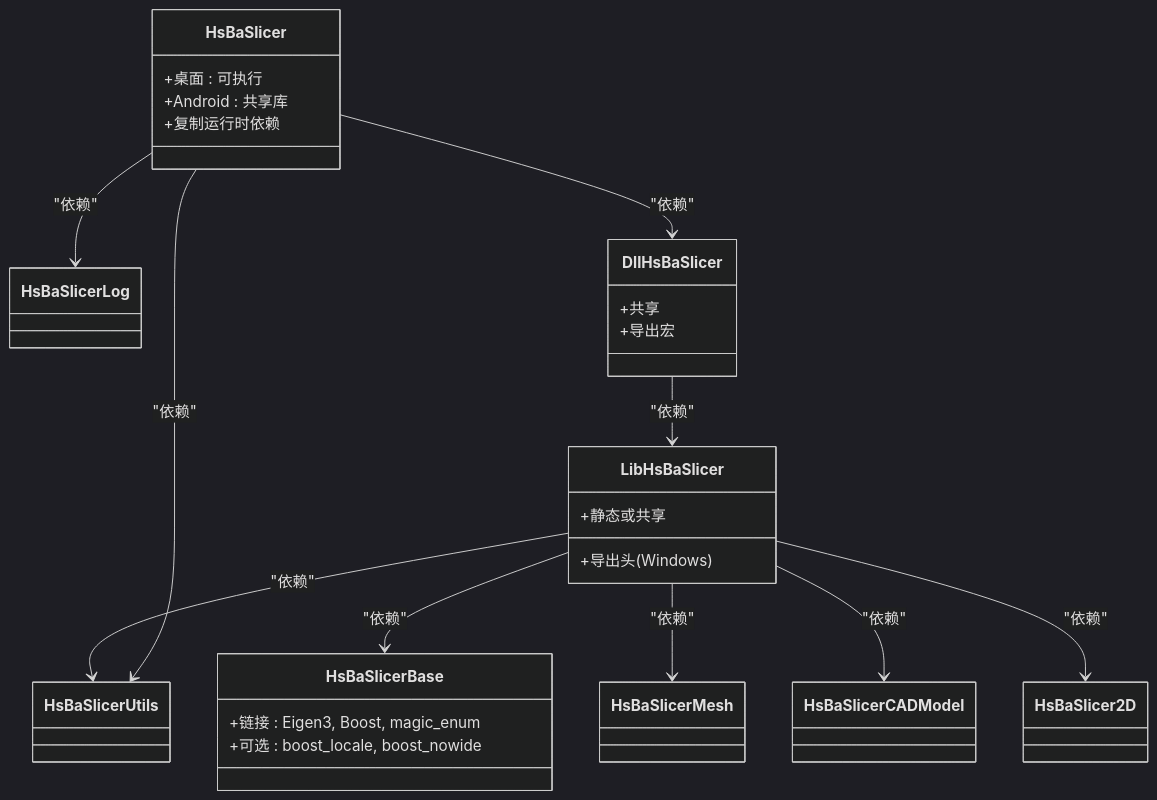
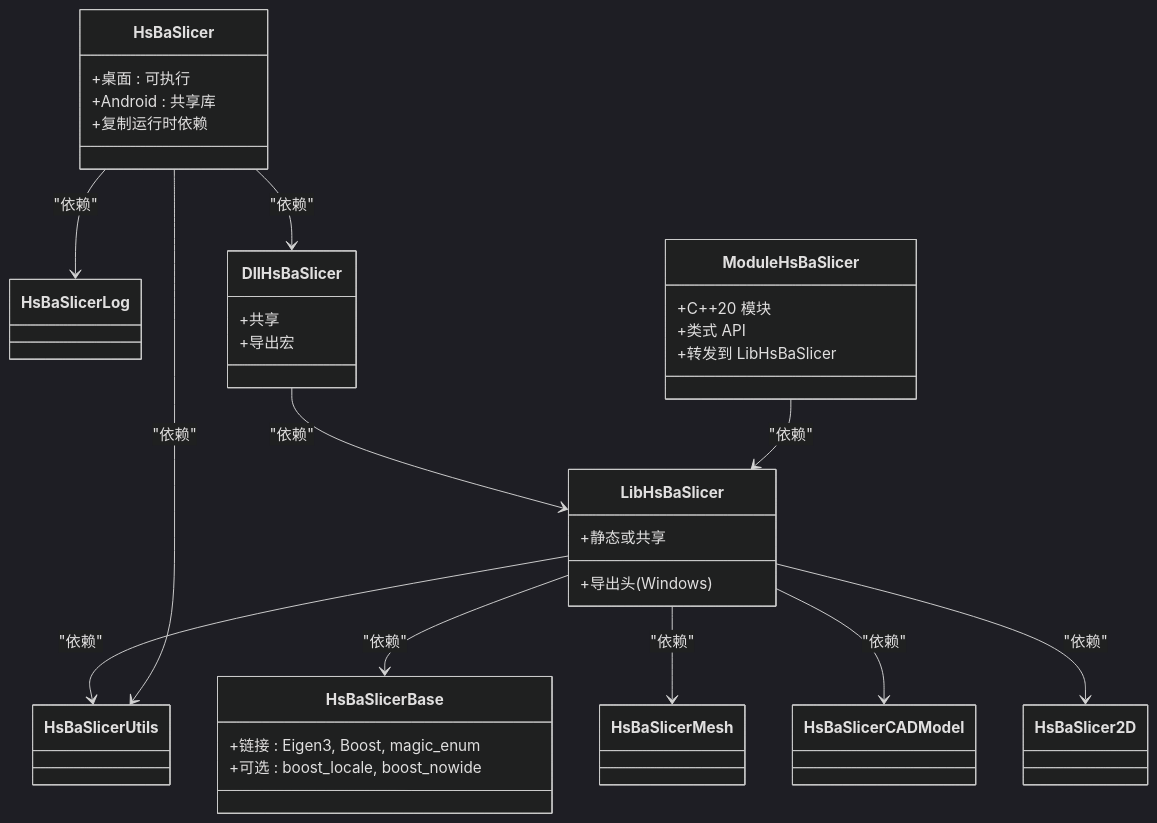
The fifth of 10 diagrams in .qoder/repowiki/zh/content/构建与部署/跨平台构建系统.md (hsmbanlance/HsBaSlicer), drawn with Mermaid (dark theme) before and after one commit. The commit also changed other lines of this file and 19 other files, not shown here.

````diff
--- a/.qoder/repowiki/zh/content/构建与部署/跨平台构建系统.md
+++ b/.qoder/repowiki/zh/content/构建与部署/跨平台构建系统.md
@@ -247,34 +263,40 @@
 ```mermaid
 classDiagram
 class HsBaSlicerBase {
 +链接 : Eigen3, Boost, magic_enum
 +可选 : boost_locale, boost_nowide
 }
 class HsBaSlicerUtils
 class HsBaSlicerLog
 class HsBaSlicerMesh
 class HsBaSlicerCADModel
 class HsBaSlicer2D
 class LibHsBaSlicer {
 +静态或共享
 +导出头(Windows)
 }
 class DllHsBaSlicer {
 +共享
 +导出宏
 }
 class HsBaSlicer {
 +桌面 : 可执行
 +Android : 共享库
 +复制运行时依赖
 }
+class ModuleHsBaSlicer {
++C++20 模块
++类式 API
++转发到 LibHsBaSlicer
+}
 LibHsBaSlicer --> HsBaSlicerBase : "依赖"
 LibHsBaSlicer --> HsBaSlicerUtils : "依赖"
 LibHsBaSlicer --> HsBaSlicerMesh : "依赖"
 LibHsBaSlicer --> HsBaSlicerCADModel : "依赖"
 LibHsBaSlicer --> HsBaSlicer2D : "依赖"
 DllHsBaSlicer --> LibHsBaSlicer : "依赖"
 HsBaSlicer --> HsBaSlicerUtils : "依赖"
 HsBaSlicer --> HsBaSlicerLog : "依赖"
 HsBaSlicer --> DllHsBaSlicer : "依赖"
+ModuleHsBaSlicer --> LibHsBaSlicer : "依赖"
 ```
````
